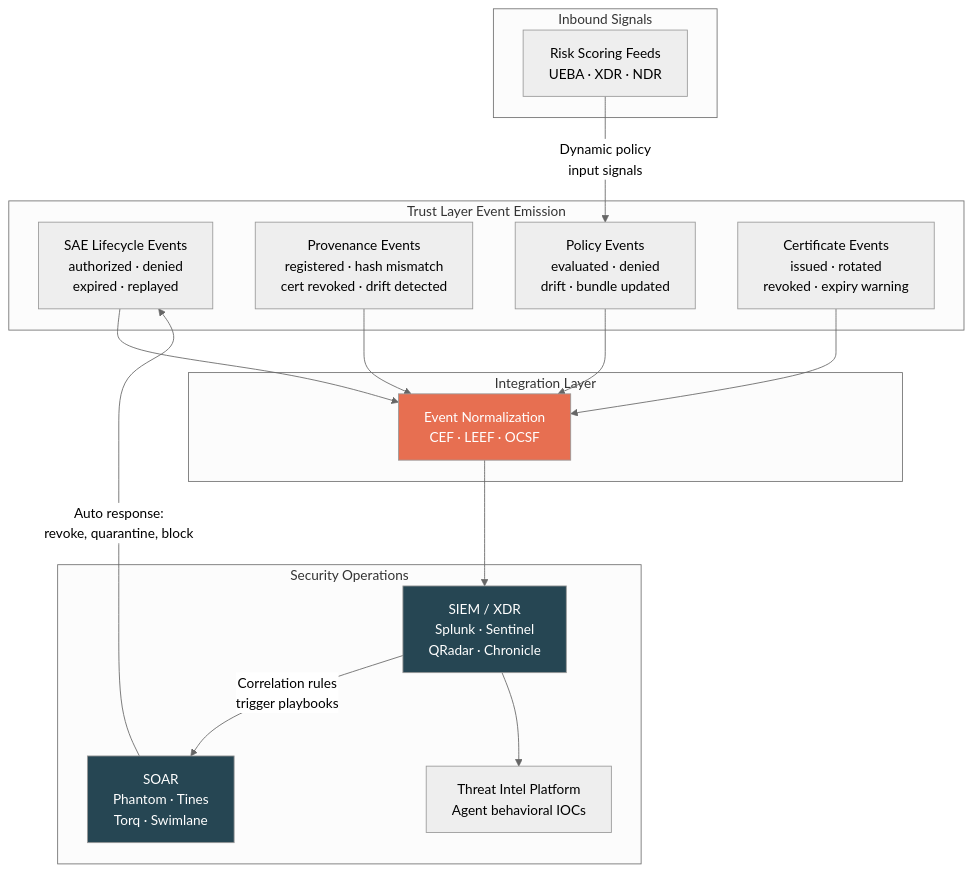
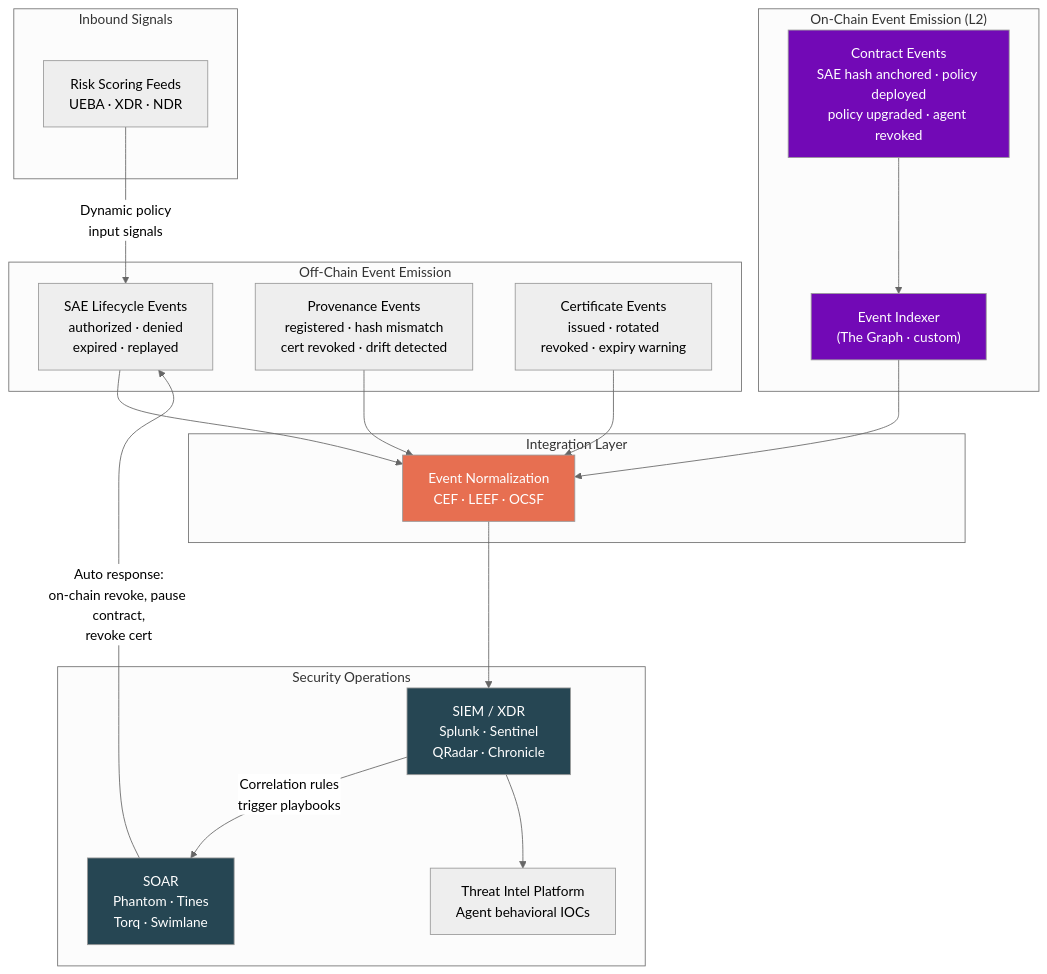
One commit to kjayashr/cryptographic-trust-layer changed the tenth of 13 diagrams in cryptographic-trust-layer-thesis.md. Above: the diagram before and after it, drawn with Mermaid (neutral theme). The commit also changed other lines of this file, not shown here.

First line of the commit message:
Rewrite architecture to smart contract-based enforcement on Ethereum L2

````diff
--- a/cryptographic-trust-layer-thesis.md
+++ b/cryptographic-trust-layer-thesis.md
@@ -457,39 +484,46 @@
 ```mermaid
 graph TB
-    subgraph "Trust Layer Event Emission"
+    subgraph "Off-Chain Event Emission"
         SAE_EVENTS["SAE Lifecycle Events<br/>authorized · denied<br/>expired · replayed"]
         PROV_EVENTS["Provenance Events<br/>registered · hash mismatch<br/>cert revoked · drift detected"]
-        POLICY_EVENTS["Policy Events<br/>evaluated · denied<br/>drift · bundle updated"]
         CERT_EVENTS["Certificate Events<br/>issued · rotated<br/>revoked · expiry warning"]
+    end
+
+    subgraph "On-Chain Event Emission (L2)"
+        CHAIN_EVENTS["Contract Events<br/>SAE hash anchored · policy deployed<br/>policy upgraded · agent revoked"]
+        INDEXER["Event Indexer<br/>(The Graph · custom)"]
+        CHAIN_EVENTS --> INDEXER
     end
 
     subgraph "Integration Layer"
         NORM["Event Normalization<br/>CEF · LEEF · OCSF"]
     end
 
     subgraph "Security Operations"
         SIEM["SIEM / XDR<br/>Splunk · Sentinel<br/>QRadar · Chronicle"]
         SOAR["SOAR<br/>Phantom · Tines<br/>Torq · Swimlane"]
         TIP["Threat Intel Platform<br/>Agent behavioral IOCs"]
     end
 
     SAE_EVENTS --> NORM
     PROV_EVENTS --> NORM
-    POLICY_EVENTS --> NORM
     CERT_EVENTS --> NORM
+    INDEXER --> NORM
 
     NORM --> SIEM
     SIEM -->|"Correlation rules<br/>trigger playbooks"| SOAR
-    SOAR -->|"Auto response:<br/>revoke, quarantine, block"| SAE_EVENTS
+    SOAR -->|"Auto response:<br/>on-chain revoke, pause contract,<br/>revoke cert"| SAE_EVENTS
     SIEM --> TIP
 
     subgraph "Inbound Signals"
         RISK["Risk Scoring Feeds<br/>UEBA · XDR · NDR"]
     end
 
-    RISK -->|"Dynamic policy<br/>input signals"| POLICY_EVENTS
+    RISK -->|"Dynamic policy<br/>input signals"| SAE_EVENTS
 
     style NORM fill:#e76f51,color:#fff
     style SIEM fill:#264653,color:#fff
     style SOAR fill:#264653,color:#fff
+    style CHAIN_EVENTS fill:#7209b6,color:#fff
+    style INDEXER fill:#7209b6,color:#fff
 ```
````
